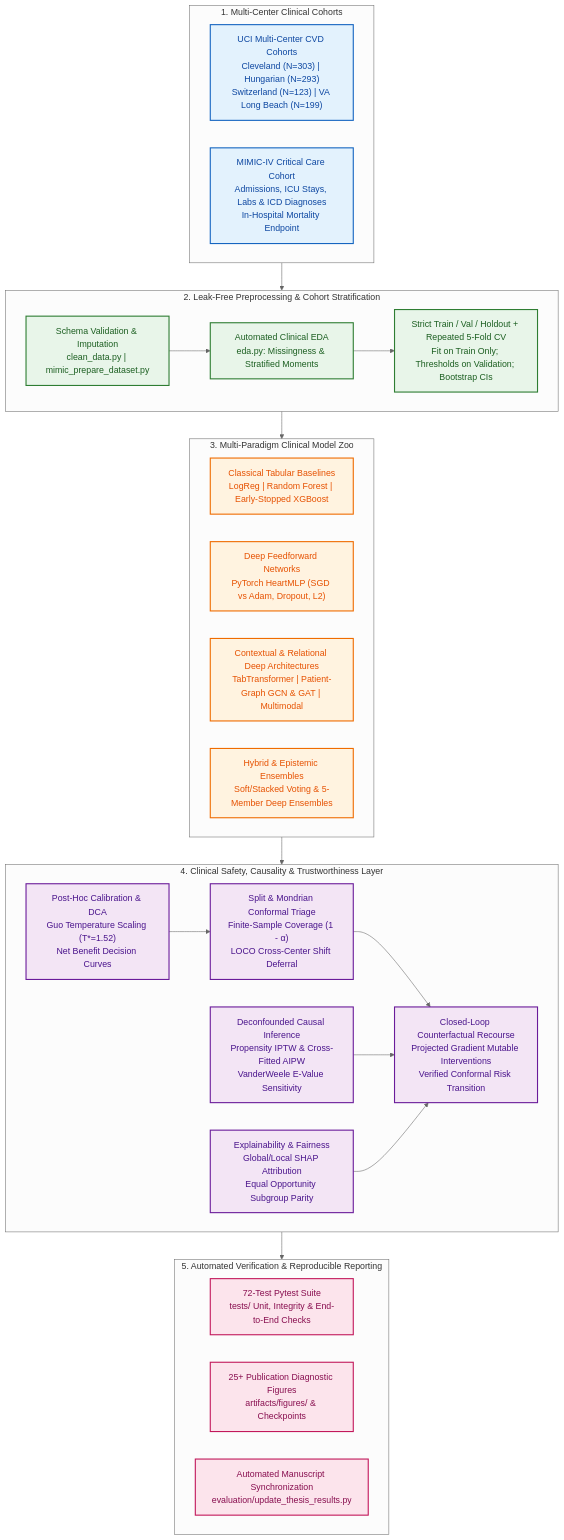
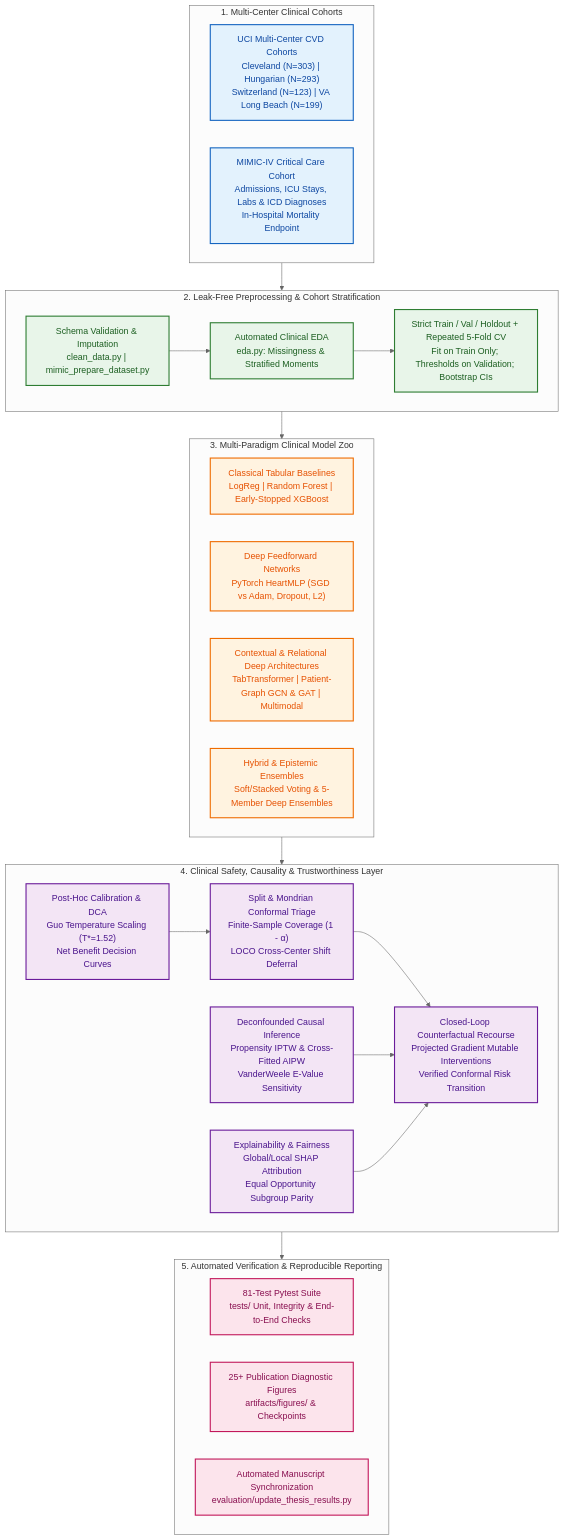
The diagram in README.md (YahyaLendani/heart-disease-clinical-ml), drawn with Mermaid (neutral theme) before and after one commit. The commit also changed other lines of this file and 4 other files, not shown here.

````diff
--- a/README.md
+++ b/README.md
@@ -59,54 +59,54 @@
 ```mermaid
 flowchart TB
     classDef data fill:#e3f2fd,stroke:#1565c0,stroke-width:2px,color:#0d47a1
     classDef prep fill:#e8f5e9,stroke:#2e7d32,stroke-width:2px,color:#1b5e20
     classDef model fill:#fff3e0,stroke:#ef6c00,stroke-width:2px,color:#e65100
     classDef trust fill:#f3e5f5,stroke:#6a1b9a,stroke-width:2px,color:#4a148c
     classDef out fill:#fce4ec,stroke:#c2185b,stroke-width:2px,color:#880e4f
 
     subgraph Data["1. Multi-Center Clinical Cohorts"]
         direction LR
         A1["UCI Multi-Center CVD Cohorts\nCleveland (N=303) | Hungarian (N=293)\nSwitzerland (N=123) | VA Long Beach (N=199)"]:::data
         A2["MIMIC-IV Critical Care Cohort\nAdmissions, ICU Stays, Labs & ICD Diagnoses\nIn-Hospital Mortality Endpoint"]:::data
     end
 
     subgraph Prep["2. Leak-Free Preprocessing & Cohort Stratification"]
         direction LR
         B1["Schema Validation & Imputation\nclean_data.py | mimic_prepare_dataset.py"]:::prep
         B2["Automated Clinical EDA\neda.py: Missingness & Stratified Moments"]:::prep
         B3["Strict Train / Val / Holdout + Repeated 5-Fold CV\nFit on Train Only; Thresholds on Validation; Bootstrap CIs"]:::prep
         B1 --> B2 --> B3
     end
 
     subgraph Models["3. Multi-Paradigm Clinical Model Zoo"]
         direction LR
         C1["Classical Tabular Baselines\nLogReg | Random Forest | Early-Stopped XGBoost"]:::model
         C2["Deep Feedforward Networks\nPyTorch HeartMLP (SGD vs Adam, Dropout, L2)"]:::model
         C3["Contextual & Relational Deep Architectures\nTabTransformer | Patient-Graph GCN & GAT | Multimodal"]:::model
         C4["Hybrid & Epistemic Ensembles\nSoft/Stacked Voting & 5-Member Deep Ensembles"]:::model
     end
 
     subgraph Trust["4. Clinical Safety, Causality & Trustworthiness Layer"]
         direction LR
         D1["Post-Hoc Calibration & DCA\nGuo Temperature Scaling (T*=1.52)\nNet Benefit Decision Curves"]:::trust
         D2["Split & Mondrian Conformal Triage\nFinite-Sample Coverage (1 - α)\nLOCO Cross-Center Shift Deferral"]:::trust
         D3["Deconfounded Causal Inference\nPropensity IPTW & Cross-Fitted AIPW\nVanderWeele E-Value Sensitivity"]:::trust
         D4["Explainability & Fairness\nGlobal/Local SHAP Attribution\nEqual Opportunity Subgroup Parity"]:::trust
         D5["Closed-Loop Counterfactual Recourse\nProjected Gradient Mutable Interventions\nVerified Conformal Risk Transition"]:::trust
         D1 --> D2 --> D5
         D3 --> D5
         D4 --> D5
     end
 
     subgraph Output["5. Automated Verification & Reproducible Reporting"]
         direction LR
-        E1["72-Test Pytest Suite\ntests/ Unit, Integrity & End-to-End Checks"]:::out
+        E1["81-Test Pytest Suite\ntests/ Unit, Integrity & End-to-End Checks"]:::out
         E2["25+ Publication Diagnostic Figures\nartifacts/figures/ & Checkpoints"]:::out
         E3["Automated Manuscript Synchronization\nevaluation/update_thesis_results.py"]:::out
     end
 
     Data --> Prep
     Prep --> Models
     Models --> Trust
     Trust --> Output
 ```
````
